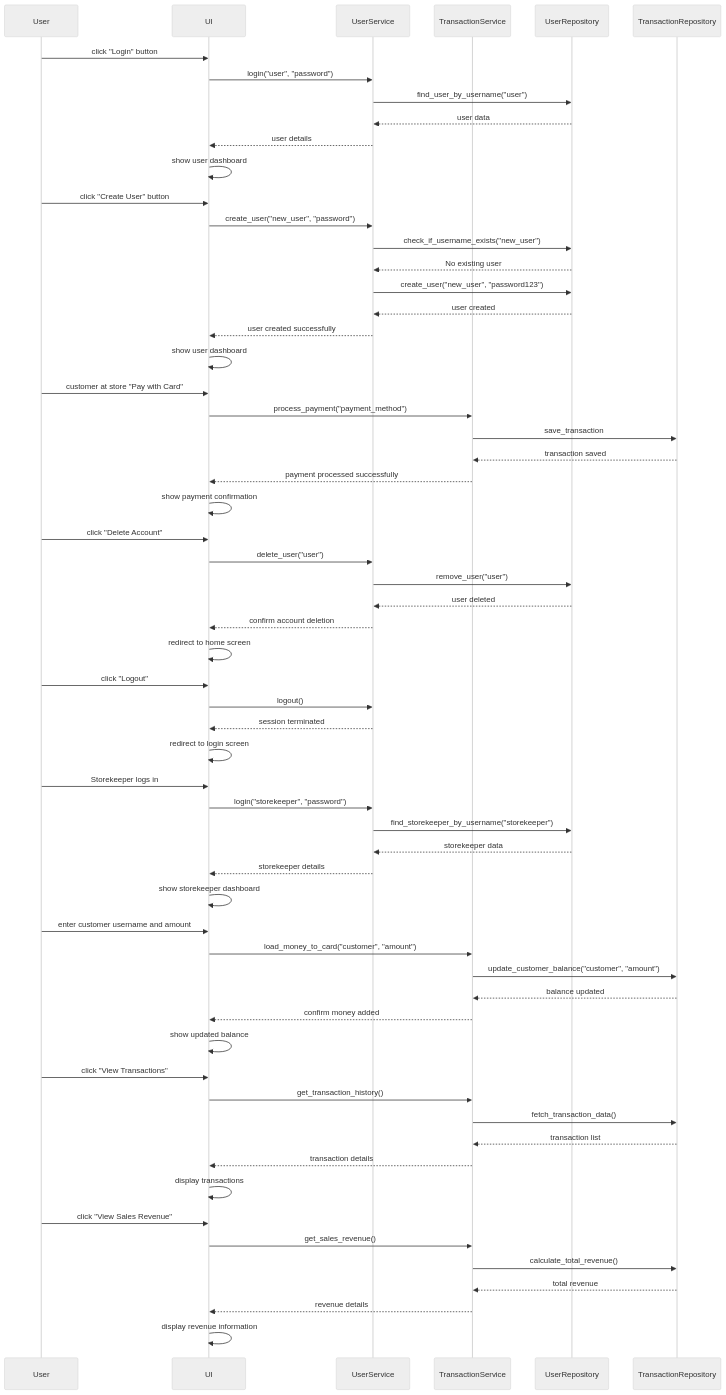
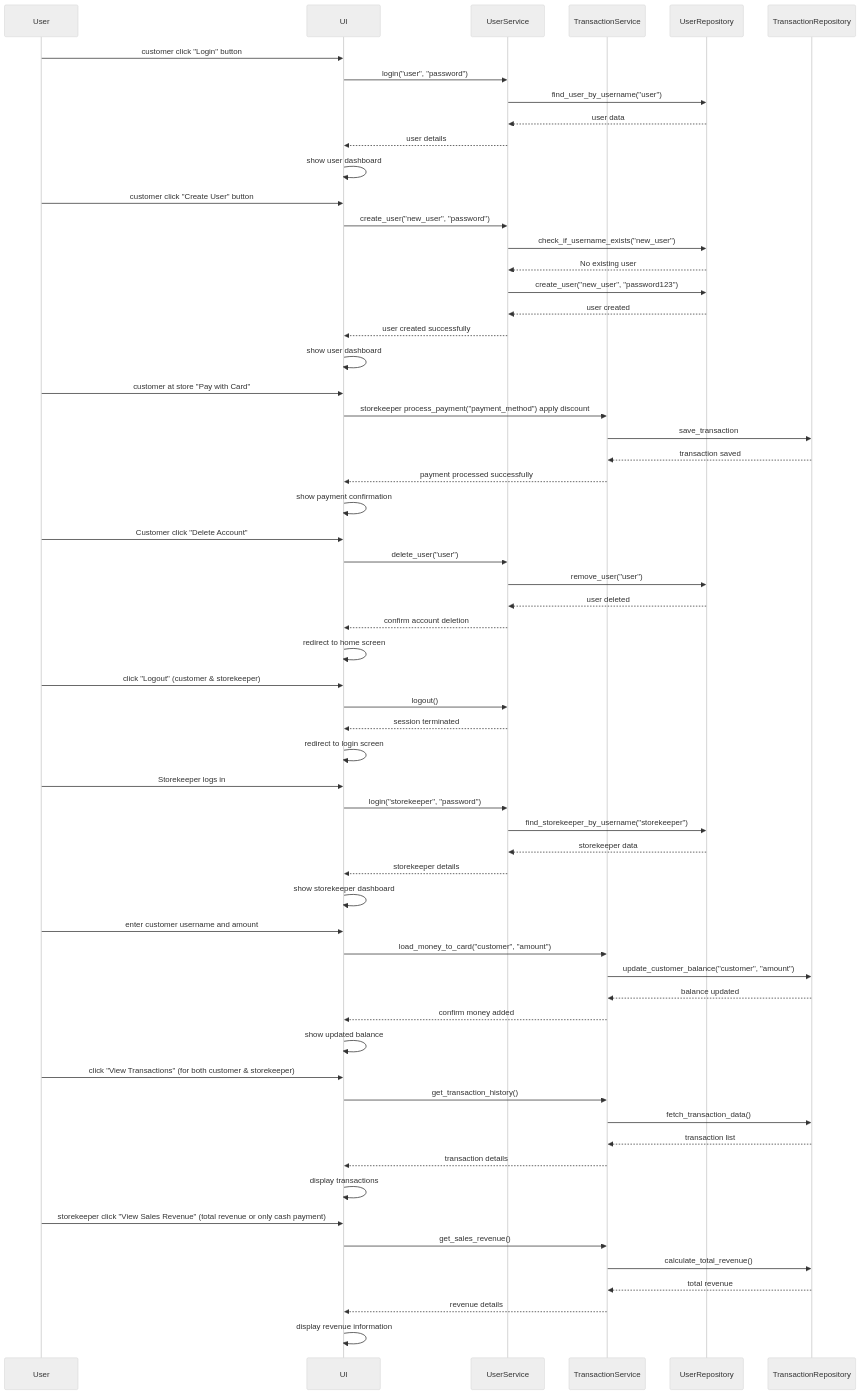
The second of 2 diagrams in dokumentaatio/architecture.md (xiongxiaowen/ot-harjoitustyo), drawn with Mermaid (neutral theme) before and after one commit. The commit also changed other lines of this file, not shown here.

```diff
--- a/dokumentaatio/architecture.md
+++ b/dokumentaatio/architecture.md
@@ -119,7 +119,7 @@
 
 
   %% Login Process
-  User->>UI: click "Login" button
+  User->>UI: customer click "Login" button 
   UI->>UserService: login("user", "password")
   UserService->>UserRepository: find_user_by_username("user")
   UserRepository-->>UserService: user data
@@ -128,7 +128,7 @@
 
 
   %% Create New User Process
-  User->>UI: click "Create User" button
+  User->>UI: customer click "Create User" button
   UI->>UserService: create_user("new_user", "password")
   UserService->>UserRepository: check_if_username_exists("new_user")
   UserRepository-->>UserService: No existing user
@@ -140,7 +140,7 @@
 
   %% Transaction Process
   User->>UI: customer at store "Pay with Card"
-  UI->>TransactionService: process_payment("payment_method")
+  UI->>TransactionService: storekeeper process_payment("payment_method") apply discount
   TransactionService->>TransactionRepository: save_transaction
   TransactionRepository-->>TransactionService: transaction saved
   TransactionService-->>UI: payment processed successfully
@@ -148,7 +148,7 @@
 
 
   %% Delete Account Process
-  User->>UI: click "Delete Account"
+  User->>UI: Customer click "Delete Account"
   UI->>UserService: delete_user("user")
   UserService->>UserRepository: remove_user("user")
   UserRepository-->>UserService: user deleted
@@ -157,7 +157,7 @@
 
 
   %% Logout Process
-  User->>UI: click "Logout"
+  User->>UI: click "Logout" (customer & storekeeper)
   UI->>UserService: logout()
   UserService-->>UI: session terminated
   UI->>UI: redirect to login screen
@@ -181,8 +181,8 @@
   UI->>UI: show updated balance
 
 
-  %% Storekeeper Views Transaction History
-  User->>UI: click "View Transactions"
+  %% Views Transaction History
+  User->>UI: click "View Transactions" (for both customer & storekeeper)
   UI->>TransactionService: get_transaction_history()
   TransactionService->>TransactionRepository: fetch_transaction_data()
   TransactionRepository-->>TransactionService: transaction list
@@ -191,7 +191,7 @@
 
 
   %% Storekeeper Views Sales Revenue
-  User->>UI: click "View Sales Revenue"
+  User->>UI: storekeeper click "View Sales Revenue" (total revenue or only cash payment)
   UI->>TransactionService: get_sales_revenue()
   TransactionService->>TransactionRepository: calculate_total_revenue()
   TransactionRepository-->>TransactionService: total revenue
```
